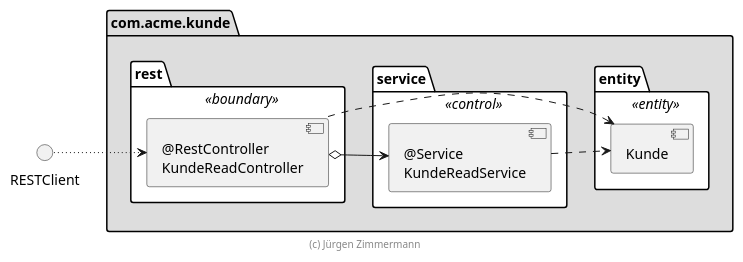
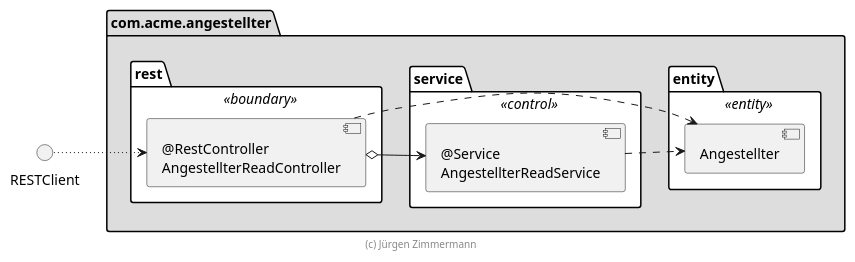
The diagram in extras/doc/komponenten.plantuml (Vvalentin/angestellter-v5), drawn with PlantUML before and after one commit. The commit also changed 216 other files, not shown here.

```diff
--- a/extras/doc/komponenten.plantuml
+++ b/extras/doc/komponenten.plantuml
@@ -15,27 +15,27 @@
 @startuml Komponenten
 
 left to right direction
 
-package com.acme.kunde #DDDDDD {
+package com.acme.angestellter #DDDDDD {
     package rest <<boundary>> #FFFFFF {
-        [@RestController\nKundeReadController] as KundeReadController
+        [@RestController\nAngestellterReadController] as AngestellterReadController
     }
 
     package service <<control>> #FFFFFF {
-        [@Service\nKundeReadService] as KundeReadService
+        [@Service\nAngestellterReadService] as AngestellterReadService
     }
 
     package entity <<entity>> #FFFFFF {
-        [Kunde]
+        [Angestellter]
     }
 }
 
-RESTClient ~~> [KundeReadController]
+RESTClient ~~> [AngestellterReadController]
 
-[KundeReadController] o--> [KundeReadService]
-[KundeReadController] .up.> [Kunde]
-[KundeReadService] ..> [Kunde]
+[AngestellterReadController] o--> [AngestellterReadService]
+[AngestellterReadController] .up.> [Angestellter]
+[AngestellterReadService] ..> [Angestellter]
 
 footer (c) Jürgen Zimmermann
 
 @enduml
```
